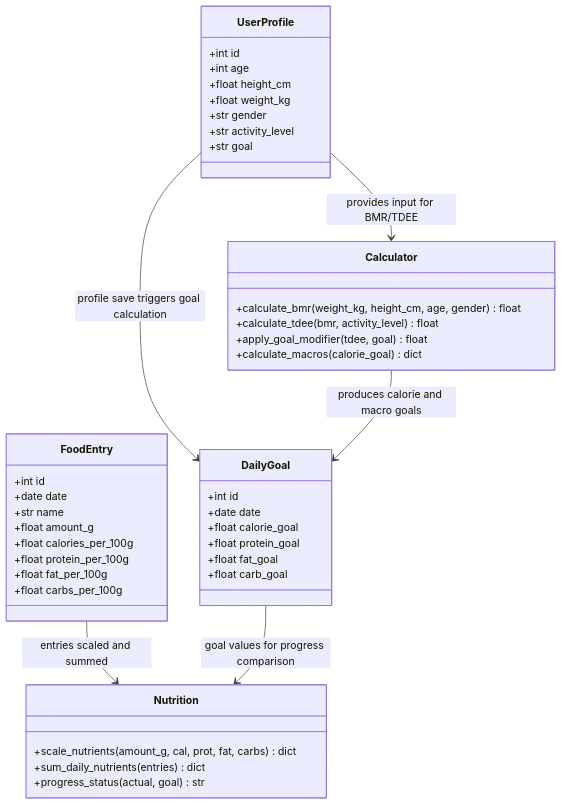
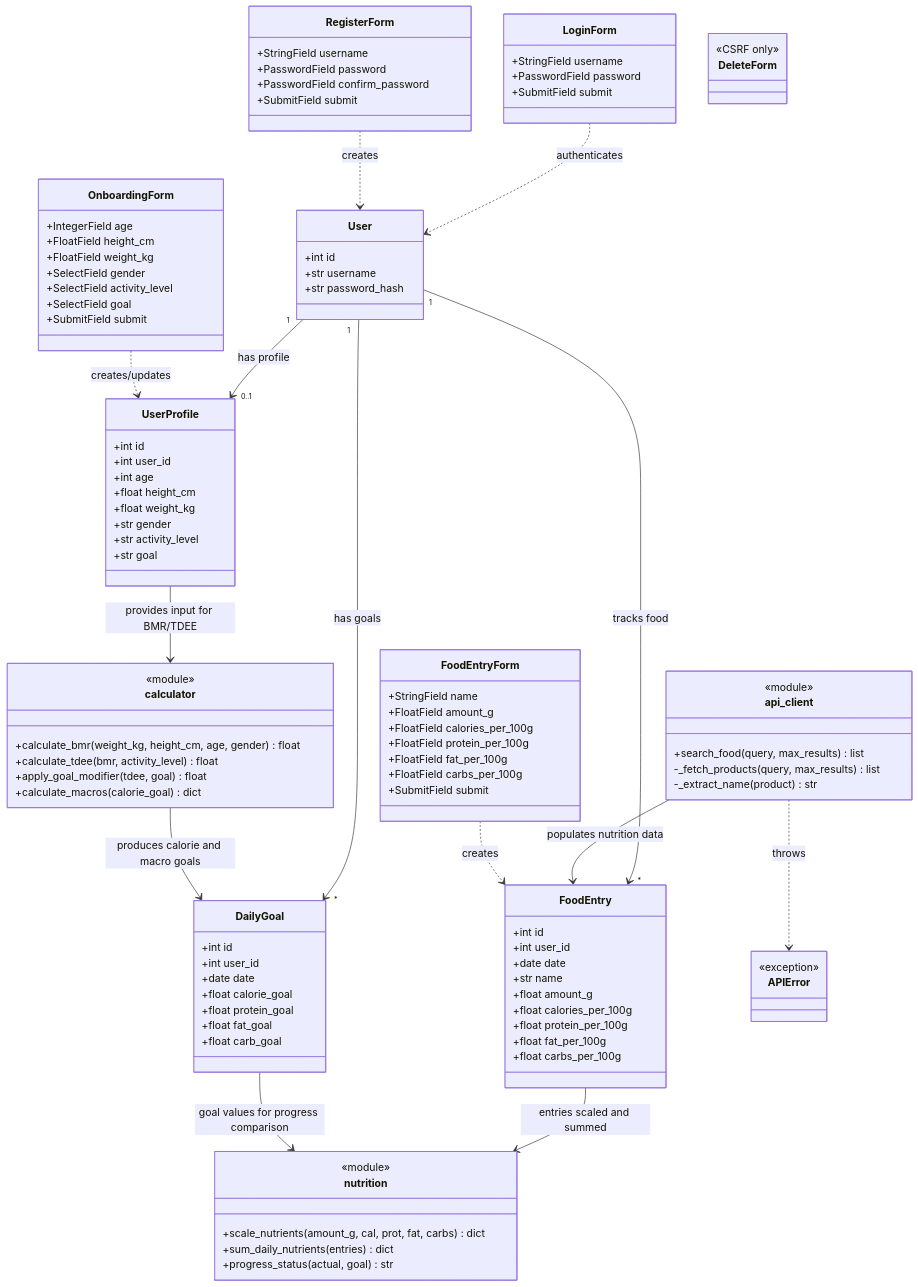
The diagram in docs/klassendiagramm.mmd (sufianh99/NutriTrack), drawn with Mermaid before and after one commit. The commit also changed 5 other files, not shown here.

Commit message:
feat: enhance CI/CD workflow, add monitoring script, and update UML diagrams

```diff
--- a/docs/klassendiagramm.mmd
+++ b/docs/klassendiagramm.mmd
@@ -1,49 +1,126 @@
 classDiagram
+    direction TB
+
+    %% ── Database Models ──────────────────────────────────
+    class User {
+        +int id
+        +str username
+        +str password_hash
+    }
+
     class UserProfile {
         +int id
+        +int user_id
         +int age
         +float height_cm
         +float weight_kg
         +str gender
         +str activity_level
         +str goal
     }
 
     class DailyGoal {
         +int id
+        +int user_id
         +date date
         +float calorie_goal
         +float protein_goal
         +float fat_goal
         +float carb_goal
     }
 
     class FoodEntry {
         +int id
+        +int user_id
         +date date
         +str name
         +float amount_g
         +float calories_per_100g
         +float protein_per_100g
         +float fat_per_100g
         +float carbs_per_100g
     }
 
-    class Calculator {
+    %% ── Logic Modules (pure functions) ───────────────────
+    class calculator {
+        <<module>>
         +calculate_bmr(weight_kg, height_cm, age, gender) float
         +calculate_tdee(bmr, activity_level) float
         +apply_goal_modifier(tdee, goal) float
         +calculate_macros(calorie_goal) dict
     }
 
-    class Nutrition {
+    class nutrition {
+        <<module>>
         +scale_nutrients(amount_g, cal, prot, fat, carbs) dict
         +sum_daily_nutrients(entries) dict
         +progress_status(actual, goal) str
     }
 
-    UserProfile --> DailyGoal : profile save triggers goal calculation
-    UserProfile --> Calculator : provides input for BMR/TDEE
-    Calculator --> DailyGoal : produces calorie and macro goals
-    FoodEntry --> Nutrition : entries scaled and summed
-    DailyGoal --> Nutrition : goal values for progress comparison
+    class api_client {
+        <<module>>
+        +search_food(query, max_results) list
+        -_fetch_products(query, max_results) list
+        -_extract_name(product) str
+    }
+
+    class APIError {
+        <<exception>>
+    }
+
+    %% ── Forms (Flask-WTF) ────────────────────────────────
+    class LoginForm {
+        +StringField username
+        +PasswordField password
+        +SubmitField submit
+    }
+
+    class RegisterForm {
+        +StringField username
+        +PasswordField password
+        +PasswordField confirm_password
+        +SubmitField submit
+    }
+
+    class OnboardingForm {
+        +IntegerField age
+        +FloatField height_cm
+        +FloatField weight_kg
+        +SelectField gender
+        +SelectField activity_level
+        +SelectField goal
+        +SubmitField submit
+    }
+
+    class FoodEntryForm {
+        +StringField name
+        +FloatField amount_g
+        +FloatField calories_per_100g
+        +FloatField protein_per_100g
+        +FloatField fat_per_100g
+        +FloatField carbs_per_100g
+        +SubmitField submit
+    }
+
+    class DeleteForm {
+        <<CSRF only>>
+    }
+
+    %% ── Relationships ────────────────────────────────────
+    User "1" --> "0..1" UserProfile : has profile
+    User "1" --> "*" DailyGoal : has goals
+    User "1" --> "*" FoodEntry : tracks food
+
+    UserProfile --> calculator : provides input for BMR/TDEE
+    calculator --> DailyGoal : produces calorie and macro goals
+
+    FoodEntry --> nutrition : entries scaled and summed
+    DailyGoal --> nutrition : goal values for progress comparison
+
+    api_client --> FoodEntry : populates nutrition data
+    api_client ..> APIError : throws
+
+    LoginForm ..> User : authenticates
+    RegisterForm ..> User : creates
+    OnboardingForm ..> UserProfile : creates/updates
+    FoodEntryForm ..> FoodEntry : creates
```
